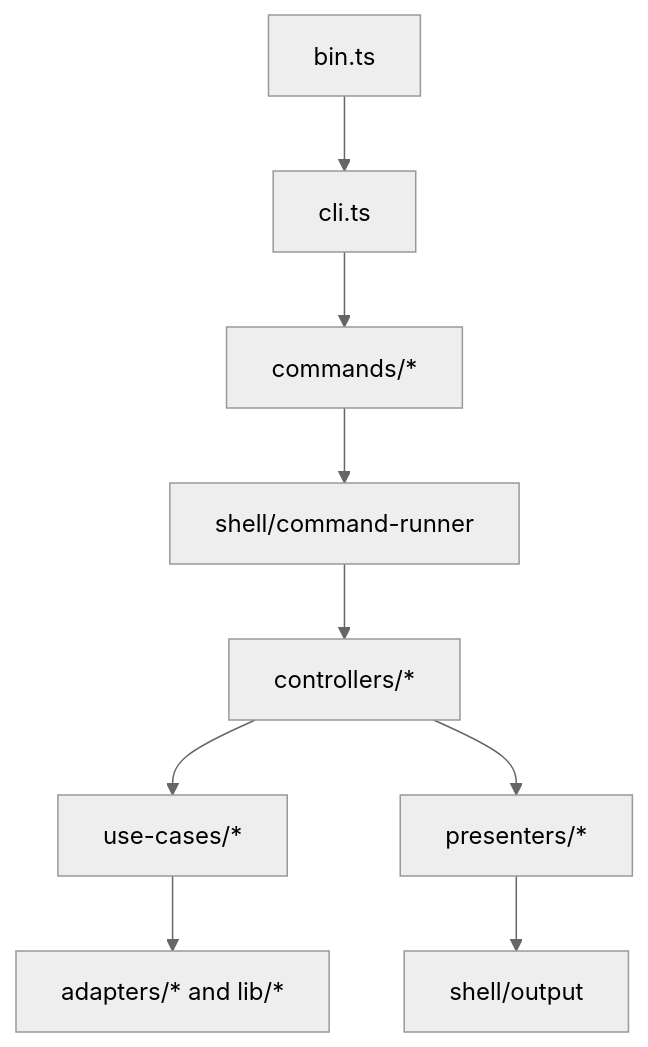
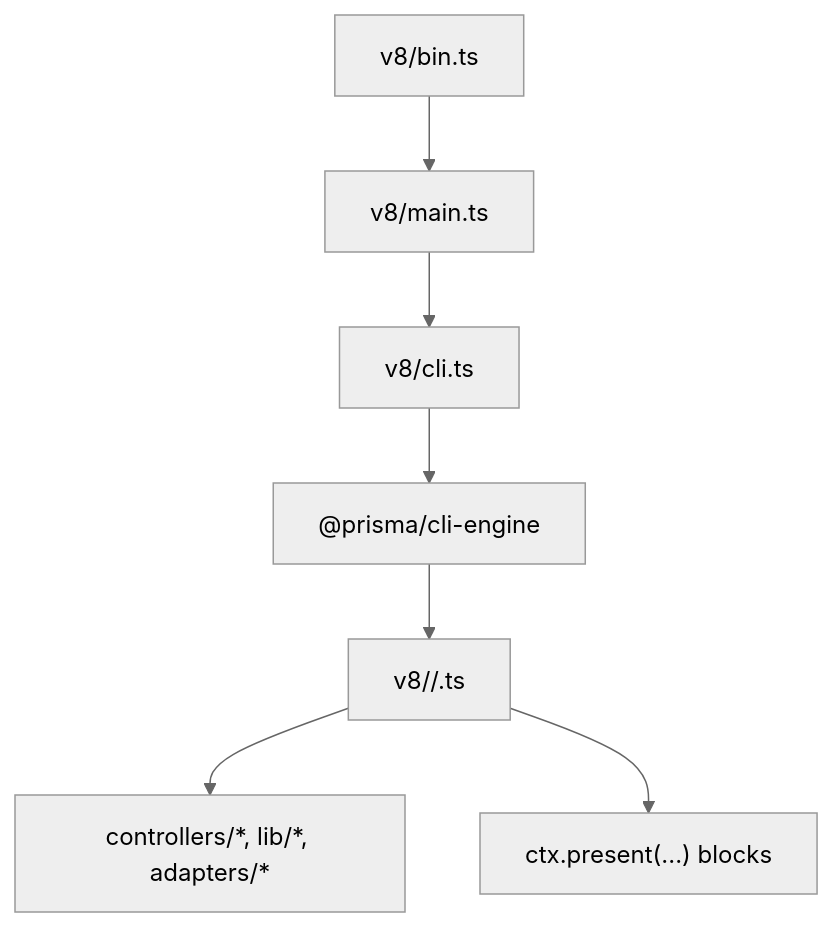
The diagram in docs/architecture/overview.md (prisma/prisma-cli), drawn with Mermaid (neutral theme) before and after one commit. The commit also changed other lines of this file and 176 other files, not shown here.

````diff
--- a/docs/architecture/overview.md
+++ b/docs/architecture/overview.md
@@ -12,11 +12,9 @@
 ```mermaid
 flowchart TD
-  Bin["bin.ts"] --> Cli["cli.ts"]
-  Cli --> Commands["commands/*"]
-  Commands --> Runner["shell/command-runner"]
-  Runner --> Controllers["controllers/*"]
-  Controllers --> UseCases["use-cases/*"]
-  UseCases --> Adapters["adapters/* and lib/*"]
-  Controllers --> Presenters["presenters/*"]
-  Presenters --> Output["shell/output"]
+  Bin["v8/bin.ts"] --> Main["v8/main.ts"]
+  Main --> Cli["v8/cli.ts"]
+  Cli --> Engine["@prisma/cli-engine"]
+  Engine --> Handlers["v8/<group>/<command>.ts"]
+  Handlers --> Operations["controllers/*, lib/*, adapters/*"]
+  Handlers --> Presentations["ctx.present(...) blocks"]
 ```
````
